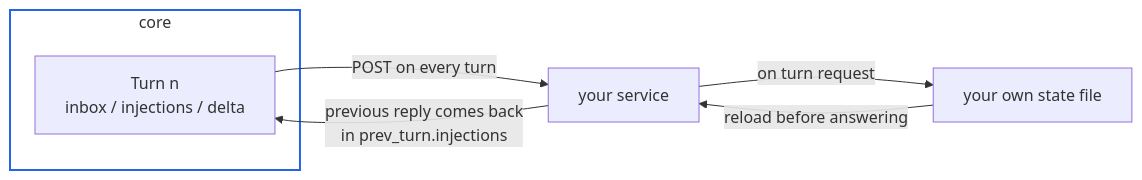
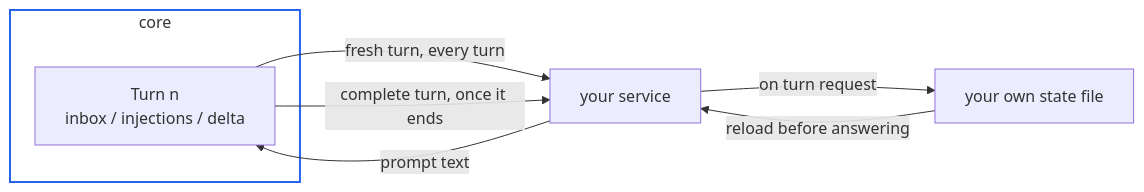
The second of 3 diagrams in docs/for-service-authors/injection-service.md (DarkSpaceY/NAN-itself), drawn with Mermaid before and after one commit. The commit also changed other lines of this file and 21 other files, not shown here.

````diff
--- a/docs/for-service-authors/injection-service.md
+++ b/docs/for-service-authors/injection-service.md
@@ -203,11 +224,12 @@
 ```mermaid
 flowchart LR
     subgraph CORE["core"]
         T["Turn n<br/>inbox / injections / delta"]
     end
-    T -->|"POST on every turn"| S["your service"]
-    S -->|"previous reply comes back<br/>in prev_turn.injections"| T
+    T -->|"fresh turn, every turn"| S["your service"]
+    S -->|"prompt text"| T
+    T -->|"complete turn, once it ends"| S
     S -->|"on turn request"| F["your own state file"]
     F -->|"reload before answering"| S
     style CORE fill:transparent,stroke:#2563eb,stroke-width:2px
 ```
````
